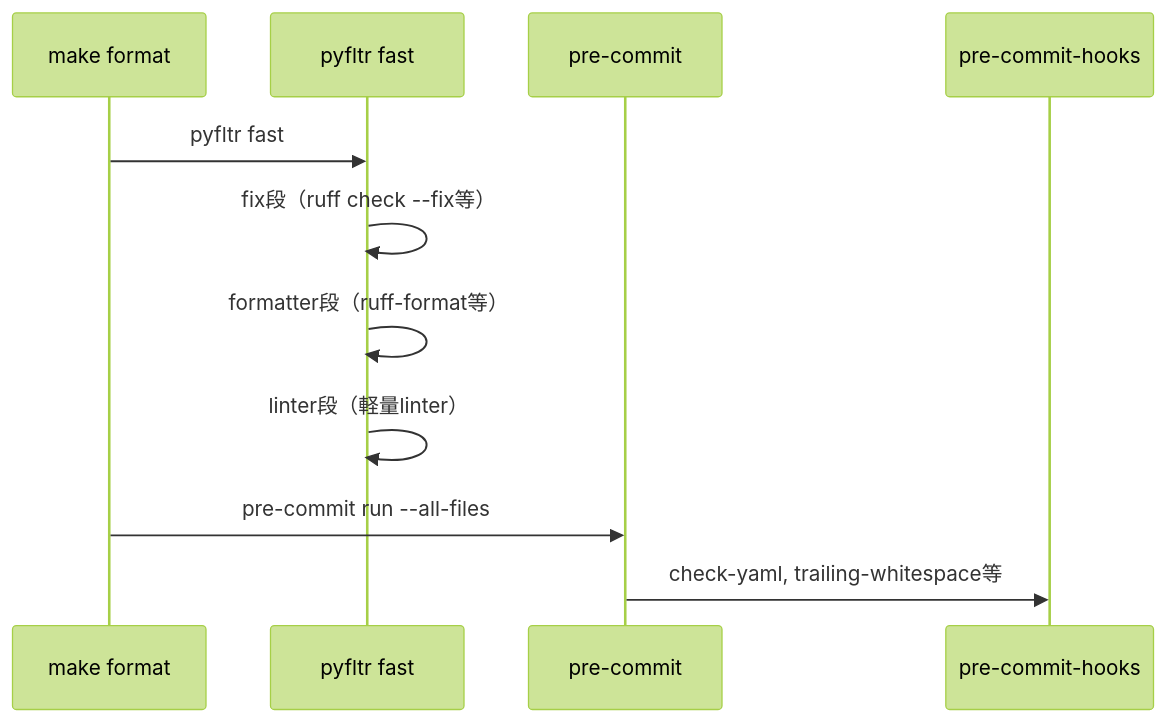
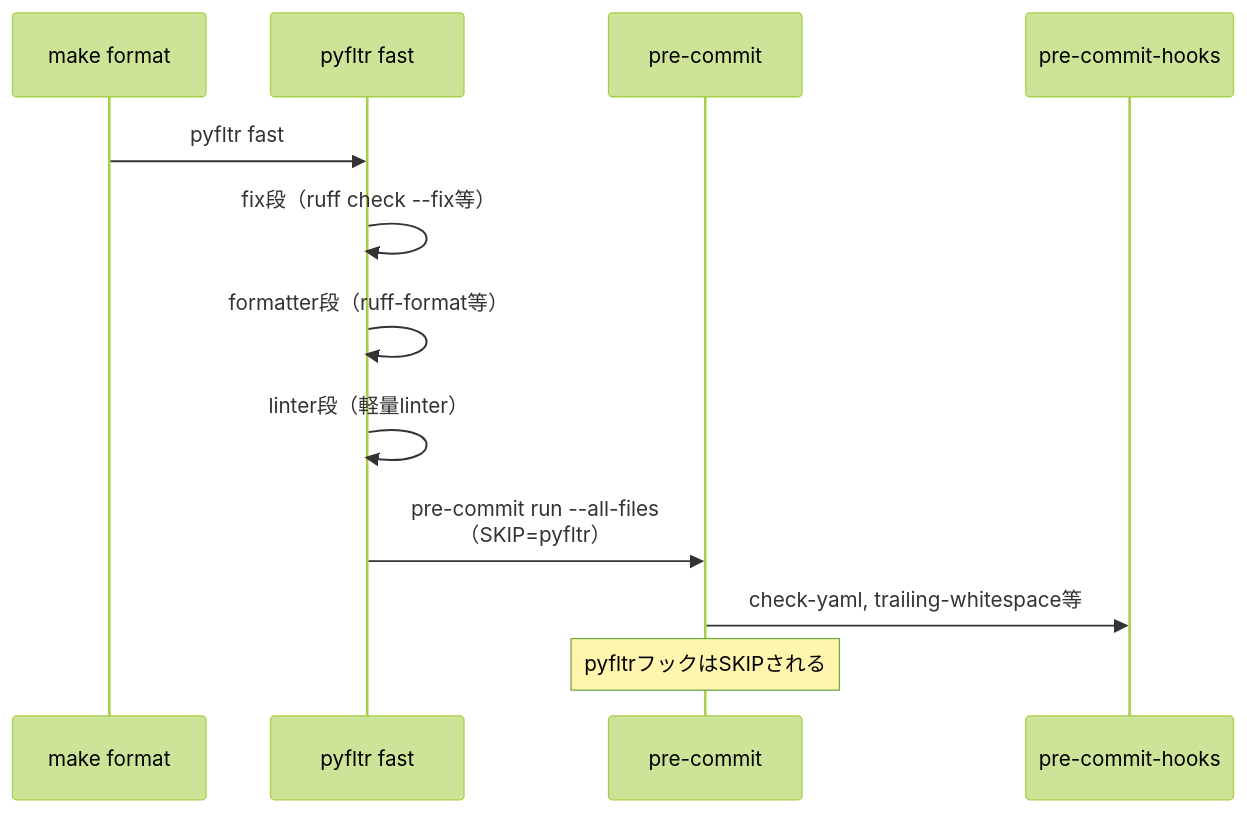
Before and after one commit to ak110/pyfltr: the third of 3 diagrams in docs/guide/recommended.md, drawn with Mermaid (forest theme). The commit also changed other lines of this file and 4 other files, not shown here.

First line of the commit message:
feat!: pre-commit-fast既定値をTrueに変更

````diff
--- a/docs/guide/recommended.md
+++ b/docs/guide/recommended.md
@@ -174,14 +174,15 @@
 ```mermaid
 sequenceDiagram
     participant U as make format
     participant PF as pyfltr fast
     participant PC as pre-commit
     participant PH as pre-commit-hooks
 
     U->>PF: pyfltr fast
     PF->>PF: fix段（ruff check --fix等）
     PF->>PF: formatter段（ruff-format等）
     PF->>PF: linter段（軽量linter）
-    U->>PC: pre-commit run --all-files
+    PF->>PC: pre-commit run --all-files<br/>（SKIP=pyfltr）
     PC->>PH: check-yaml, trailing-whitespace等
+    Note over PC: pyfltrフックはSKIPされる
 ```
````
